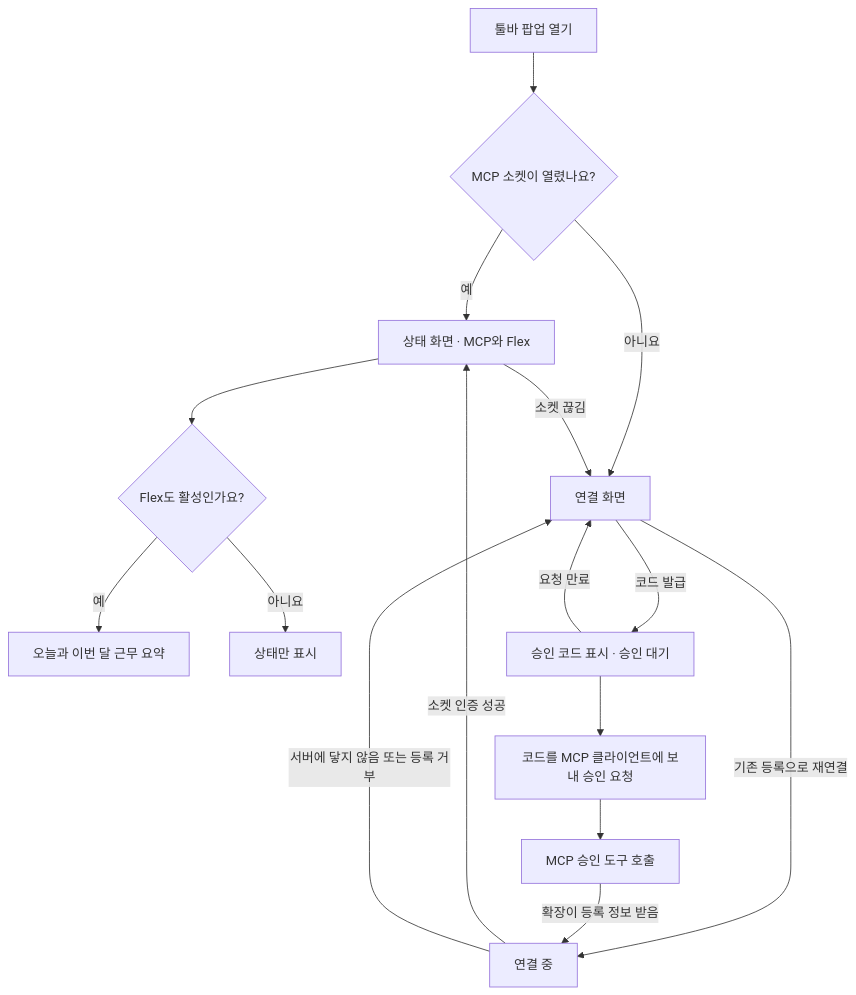
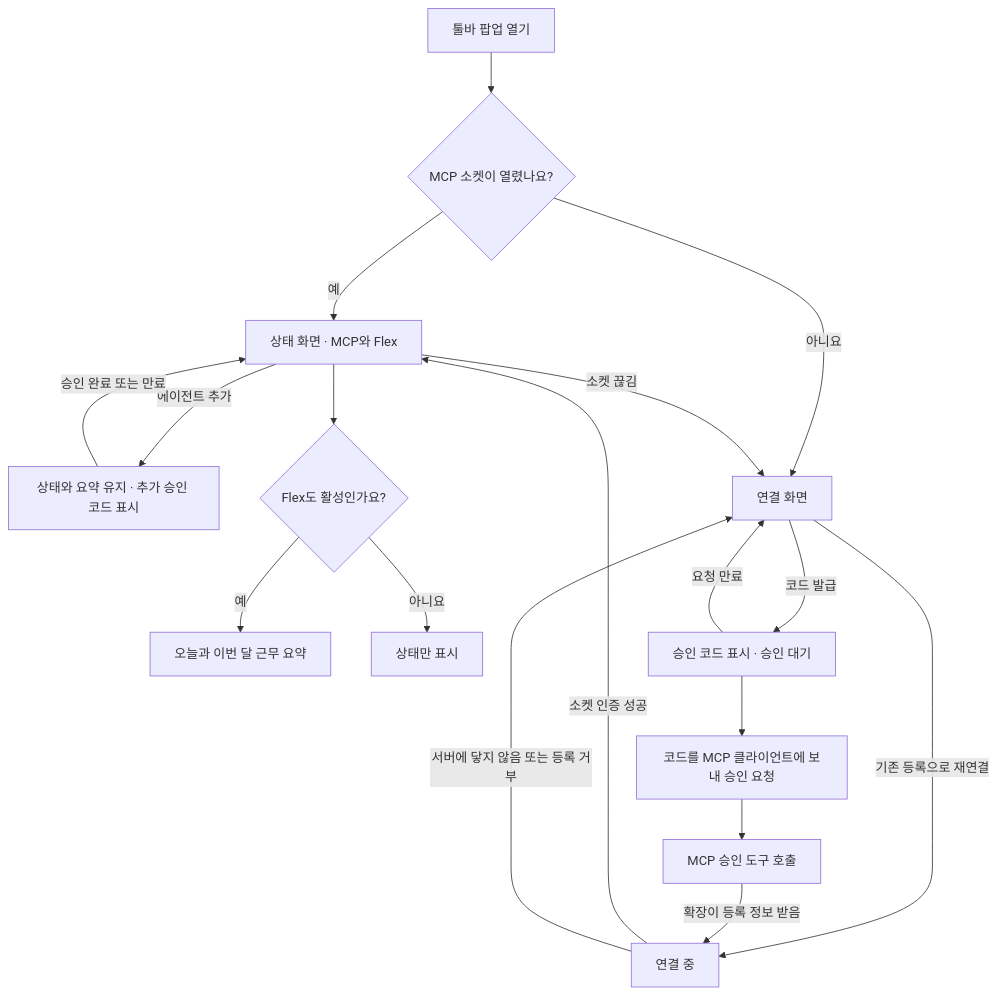
Before and after one commit to freevue/flex-mcp: the diagram in docs/features/extension-ui-plan.md, drawn with Mermaid. The commit also changed other lines of this file and 22 other files, not shown here.

````diff
--- a/docs/features/extension-ui-plan.md
+++ b/docs/features/extension-ui-plan.md
@@ -11,18 +11,20 @@
 ```mermaid
 flowchart TD
     Start["툴바 팝업 열기"] --> Socket{"MCP 소켓이 열렸나요?"}
     Socket -->|예| Status["상태 화면 · MCP와 Flex"]
+    Status -->|에이전트 추가| Invite["상태와 요약 유지 · 추가 승인 코드 표시"]
+    Invite -->|승인 완료 또는 만료| Status
     Status --> Flex{"Flex도 활성인가요?"}
     Flex -->|예| Work["오늘과 이번 달 근무 요약"]
     Flex -->|아니요| StateOnly["상태만 표시"]
     Socket -->|아니요| Connect["연결 화면"]
     Connect -->|코드 발급| Pending["승인 코드 표시 · 승인 대기"]
     Connect -->|기존 등록으로 재연결| Connecting["연결 중"]
     Pending --> Agent["코드를 MCP 클라이언트에 보내 승인 요청"]
     Agent --> Approve["MCP 승인 도구 호출"]
     Approve -->|확장이 등록 정보 받음| Connecting
     Pending -->|요청 만료| Connect
     Connecting -->|소켓 인증 성공| Status
     Connecting -->|서버에 닿지 않음 또는 등록 거부| Connect
     Status -->|소켓 끊김| Connect
 ```
````
